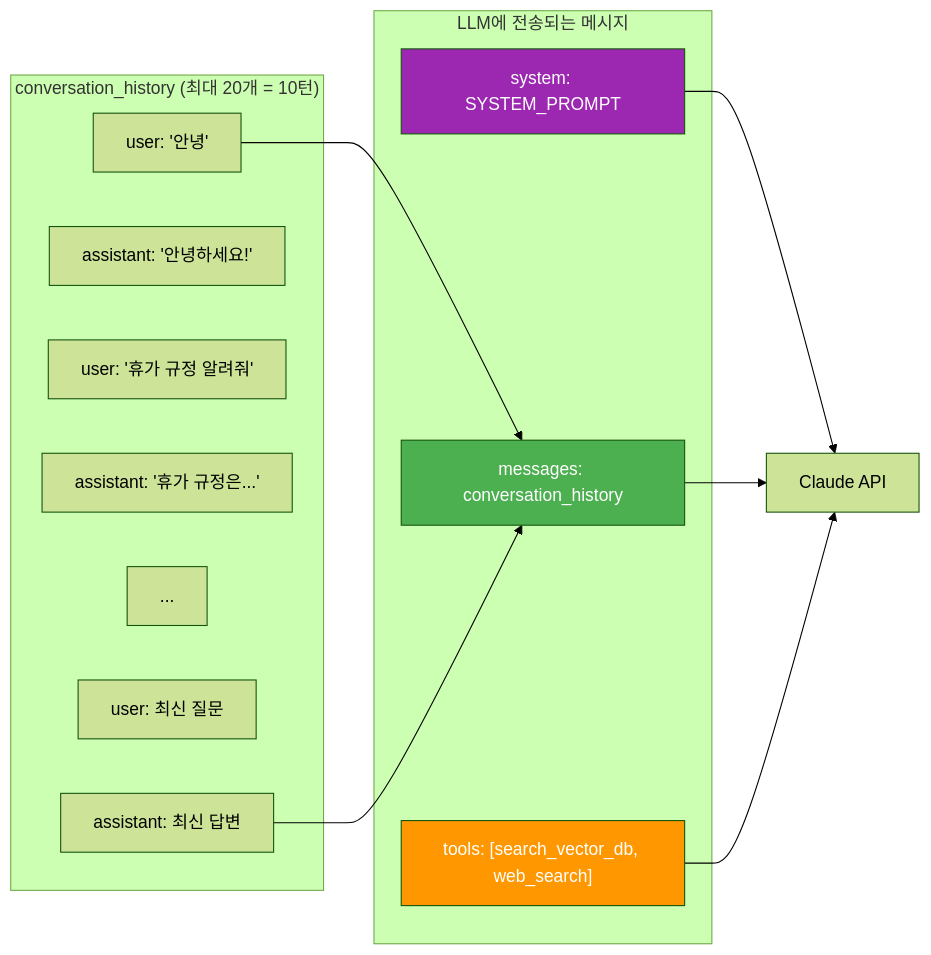
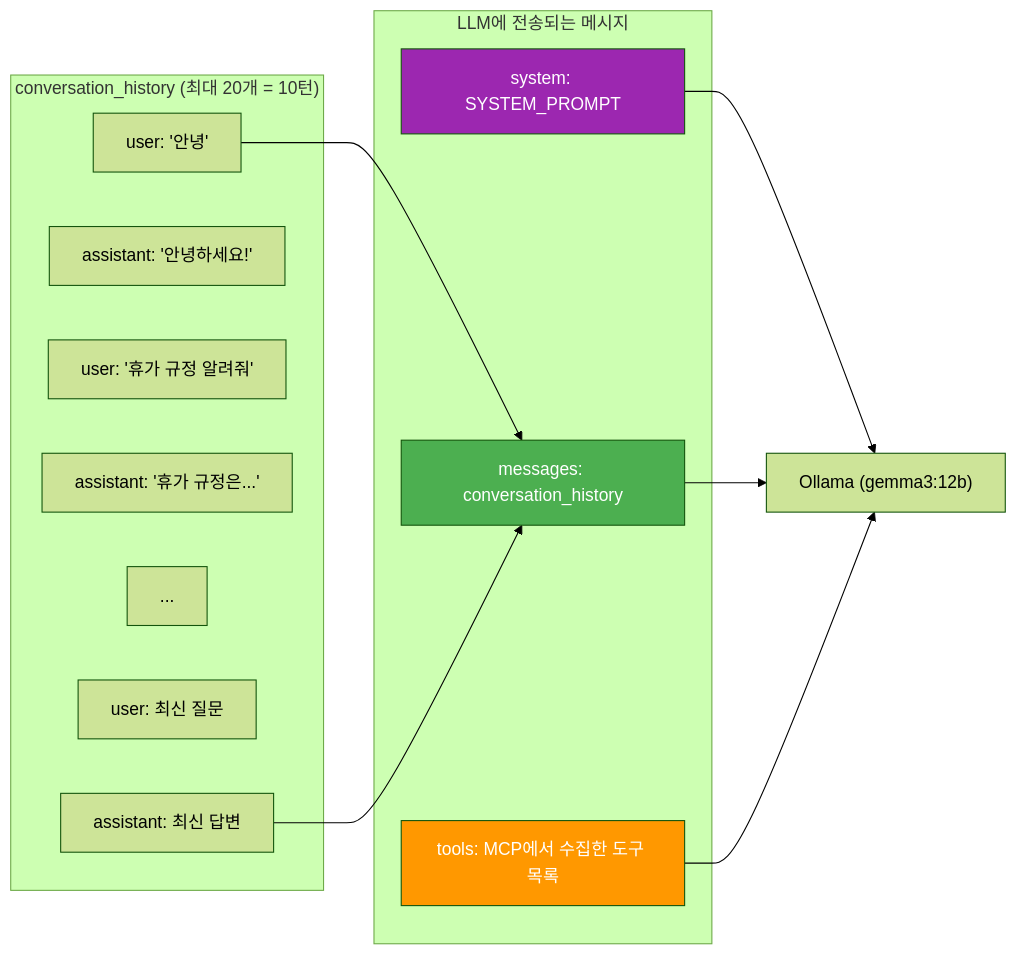
Before and after one commit to laurus-kpa007/agentic-rag-bot: the seventh of 13 diagrams in docs/api-and-data-flow.md, drawn with Mermaid (forest theme). The commit also changed other lines of this file and 4 other files, not shown here.

````diff
--- a/docs/api-and-data-flow.md
+++ b/docs/api-and-data-flow.md
@@ -257,28 +272,28 @@
 ```mermaid
 graph LR
     subgraph "conversation_history (최대 20개 = 10턴)"
         M1["user: '안녕'"]
         M2["assistant: '안녕하세요!'"]
         M3["user: '휴가 규정 알려줘'"]
         M4["assistant: '휴가 규정은...'"]
         M5["..."]
         M6["user: 최신 질문"]
         M7["assistant: 최신 답변"]
     end
 
     subgraph "LLM에 전송되는 메시지"
         SYS["system: SYSTEM_PROMPT"]
         HIST["messages: conversation_history"]
-        TOOLS["tools: [search_vector_db, web_search]"]
+        TOOLS["tools: MCP에서 수집한 도구 목록"]
     end
 
     M1 --> HIST
     M7 --> HIST
-    SYS --> LLM["Claude API"]
+    SYS --> LLM["Ollama (gemma3:12b)"]
     HIST --> LLM
     TOOLS --> LLM
 
     style SYS fill:#9C27B0,color:#fff
     style HIST fill:#4CAF50,color:#fff
     style TOOLS fill:#FF9800,color:#fff
 ```
````
